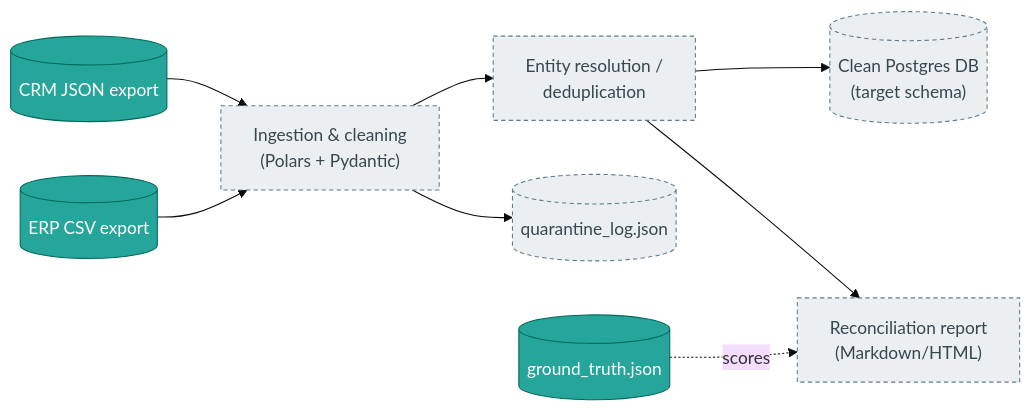
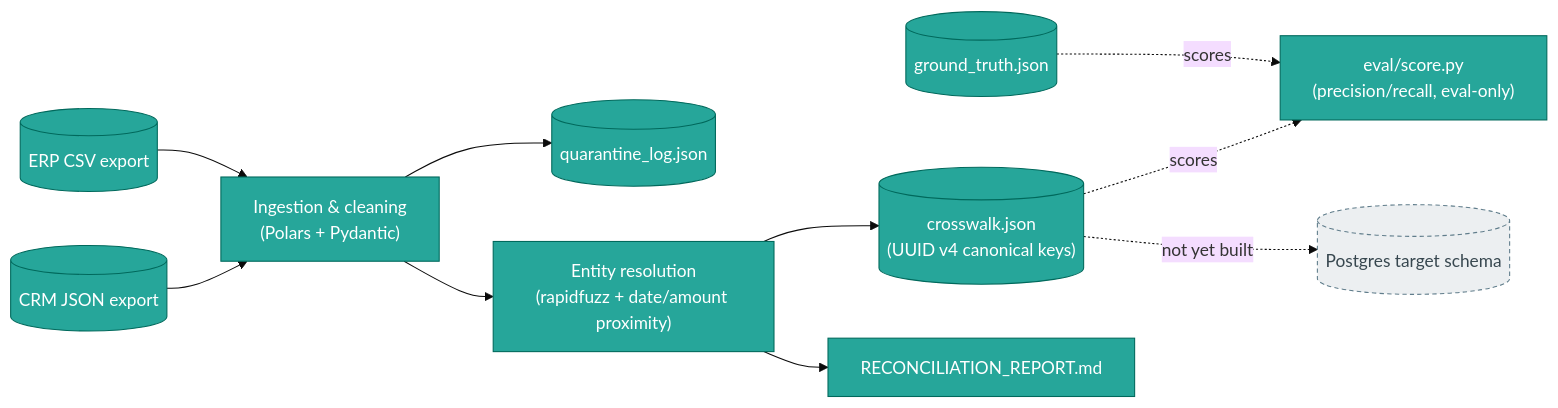
The second of 3 diagrams in docs/architecture.md (henrymbuguak/erp-crm-reconciliation-pipeline), drawn with Mermaid (base theme) before and after one commit. The commit also changed other lines of this file and 40 other files, not shown here.

First line of the commit message:
Add ERP/CRM reconciliation pipeline (ingest, clean, resolve, report, eval, CLI)

````diff
--- a/docs/architecture.md
+++ b/docs/architecture.md
@@ -74,20 +75,23 @@
 ```mermaid
 flowchart LR
     ERP[("ERP CSV export")]:::done
     CRM[("CRM JSON export")]:::done
     GT[("ground_truth.json")]:::done
 
     ERP --> Ingest
     CRM --> Ingest
-    Ingest["Ingestion & cleaning<br/>(Polars + Pydantic)"]:::planned
+    Ingest["Ingestion & cleaning<br/>(Polars + Pydantic)"]:::done
 
-    Ingest --> Quarantine[("quarantine_log.json")]:::planned
-    Ingest --> Resolve["Entity resolution /<br/>deduplication"]:::planned
+    Ingest --> Quarantine[("quarantine_log.json")]:::done
+    Ingest --> Resolve["Entity resolution<br/>(rapidfuzz + date/amount proximity)"]:::done
 
-    Resolve --> Postgres[("Clean Postgres DB<br/>(target schema)")]:::planned
-    GT -.scores.-> Report
-    Resolve --> Report["Reconciliation report<br/>(Markdown/HTML)"]:::planned
+    Resolve --> Crosswalk[("crosswalk.json<br/>(UUID v4 canonical keys)")]:::done
+    GT -.scores.-> Score["eval/score.py<br/>(precision/recall, eval-only)"]:::done
+    Resolve --> Report["RECONCILIATION_REPORT.md"]:::done
+    Crosswalk -.scores.-> Score
+
+    Crosswalk -.->|not yet built| Postgres[("Postgres target schema")]:::planned
 
     classDef done fill:#26a69a,stroke:#00695c,color:#fff;
     classDef planned fill:#eceff1,stroke:#607d8b,stroke-dasharray: 4 3,color:#37474f;
 ```
````
